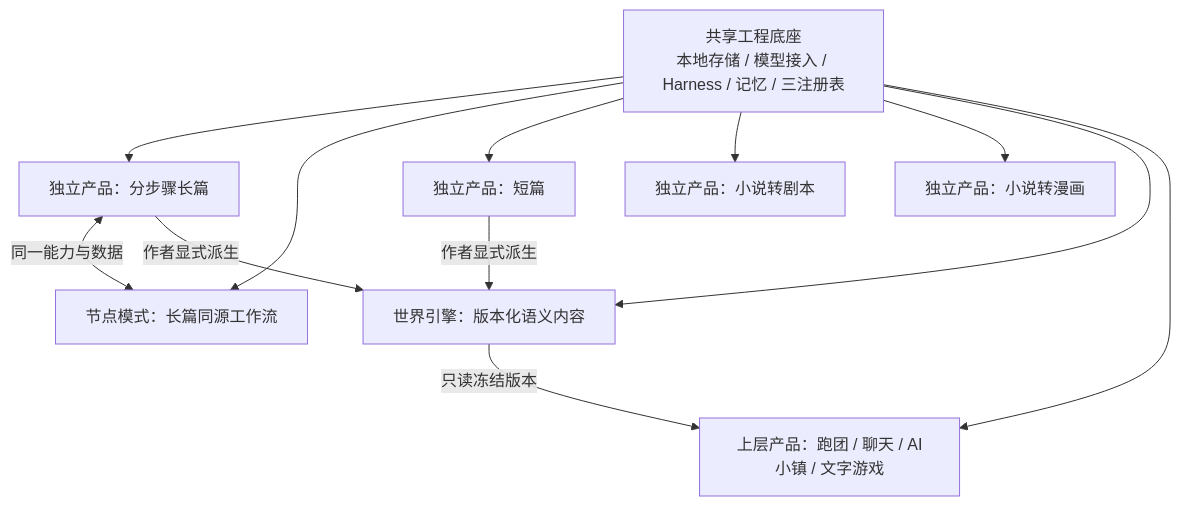
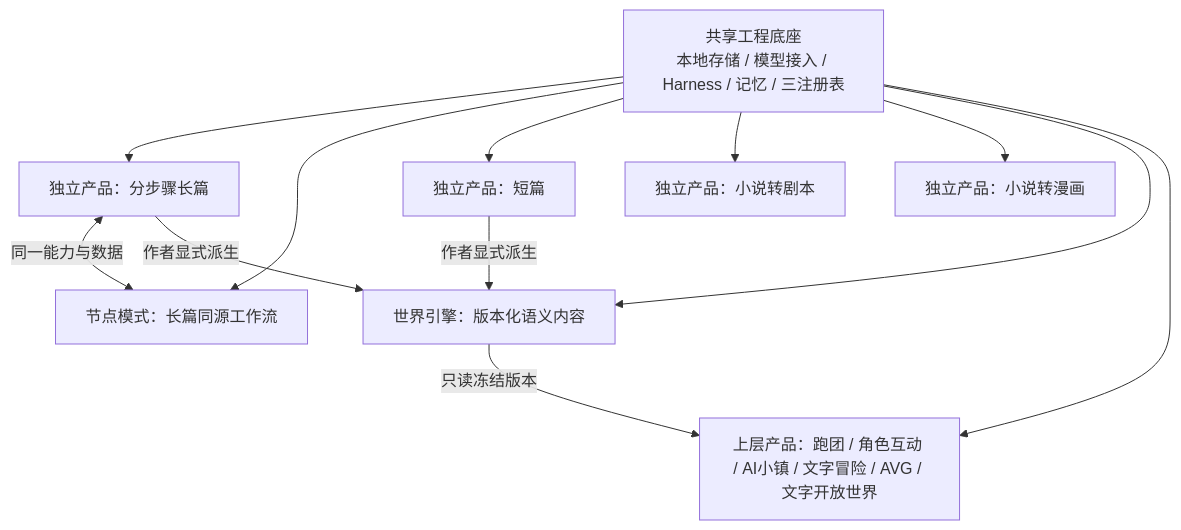
One commit to yuanbw2025/storyforge changed the diagram in README.md. Above: the diagram before and after it, drawn with Mermaid. The commit also changed other lines of this file and 874 other files, not shown here.

Commit message:
refactor: establish clean current architecture baseline

````diff
--- a/README.md
+++ b/README.md
@@ -36,22 +38,22 @@
 ```mermaid
 flowchart TB
   B["共享工程底座\n本地存储 / 模型接入 / Harness / 记忆 / 三注册表"]
   L["独立产品：分步骤长篇"]
   N["节点模式：长篇同源工作流"]
   S["独立产品：短篇"]
   P["独立产品：小说转剧本"]
   C["独立产品：小说转漫画"]
   W["世界引擎：版本化语义内容"]
-  U["上层产品：跑团 / 聊天 / AI小镇 / 文字游戏"]
+  U["上层产品：跑团 / 角色互动 / AI小镇 / 文字冒险 / AVG / 文字开放世界"]
   B --> L
   B --> N
   B --> S
   B --> P
   B --> C
   B --> W
   B --> U
   L <-->|"同一能力与数据"| N
   L -->|"作者显式派生"| W
   S -->|"作者显式派生"| W
   W -->|"只读冻结版本"| U
 ```
````
